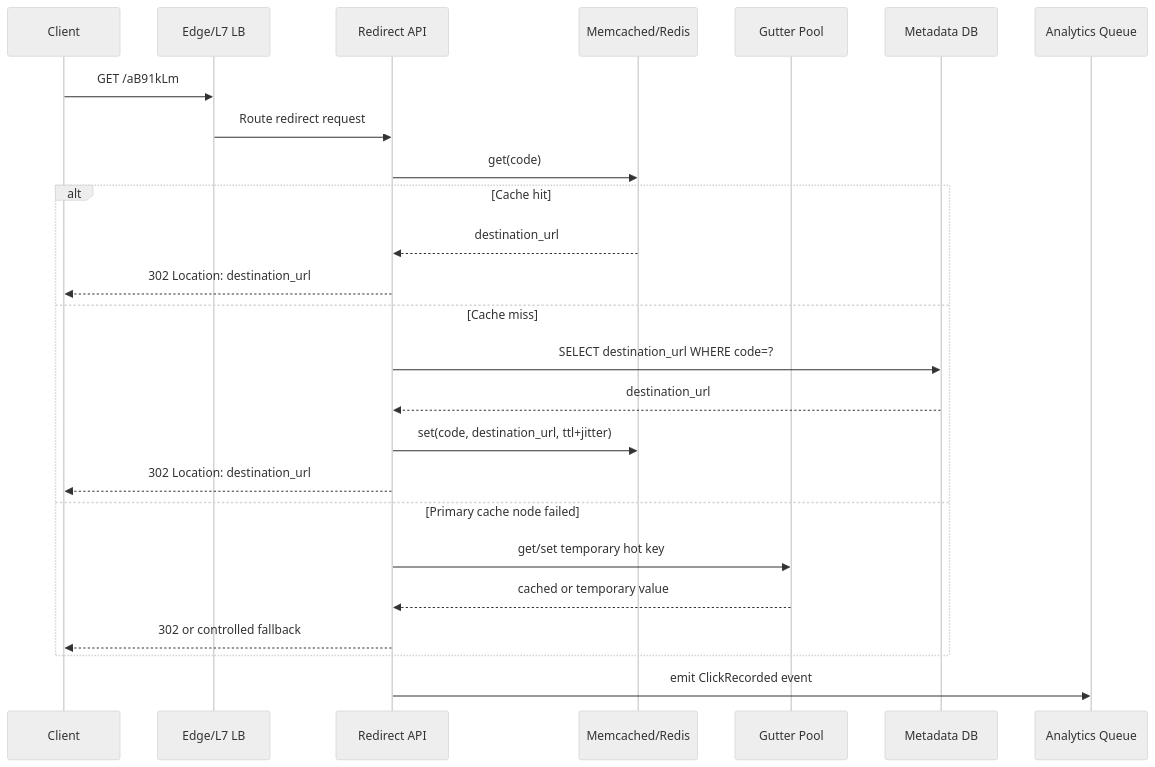
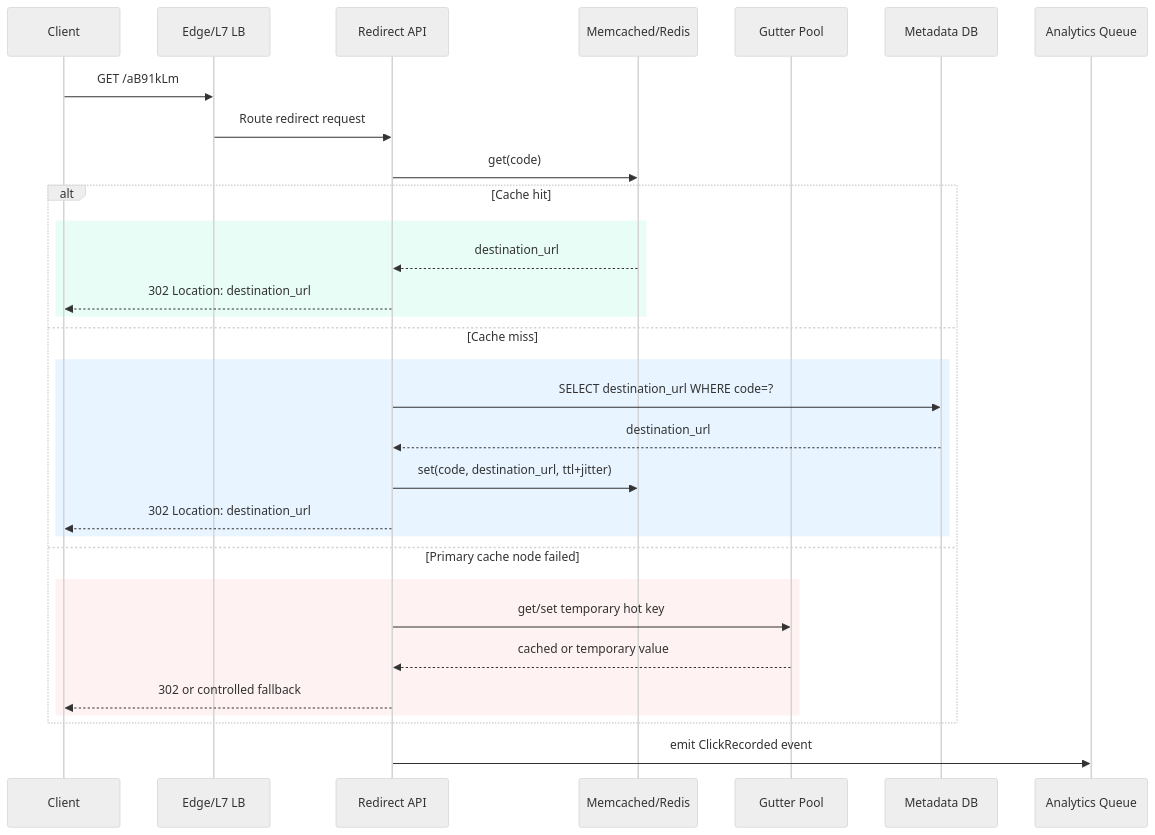
One commit to MachariaP/system-design-academy changed the second of 10 diagrams in blueprints/system-designs.md. Above: the diagram before and after it, drawn with Mermaid (neutral theme). The commit also changed other lines of this file, not shown here.

````diff
--- a/blueprints/system-designs.md
+++ b/blueprints/system-designs.md
@@ -131,28 +134,34 @@
 ```mermaid
 sequenceDiagram
     participant C as Client
     participant E as Edge/L7 LB
     participant R as Redirect API
     participant M as Memcached/Redis
     participant G as Gutter Pool
     participant D as Metadata DB
     participant Q as Analytics Queue
 
     C->>E: GET /aB91kLm
     E->>R: Route redirect request
     R->>M: get(code)
     alt Cache hit
+        rect rgb(232, 253, 245)
         M-->>R: destination_url
         R-->>C: 302 Location: destination_url
+        end
     else Cache miss
+        rect rgb(232, 244, 255)
         R->>D: SELECT destination_url WHERE code=?
         D-->>R: destination_url
         R->>M: set(code, destination_url, ttl+jitter)
         R-->>C: 302 Location: destination_url
+        end
     else Primary cache node failed
+        rect rgb(254, 242, 242)
         R->>G: get/set temporary hot key
         G-->>R: cached or temporary value
         R-->>C: 302 or controlled fallback
+        end
     end
     R->>Q: emit ClickRecorded event
 ```
````
